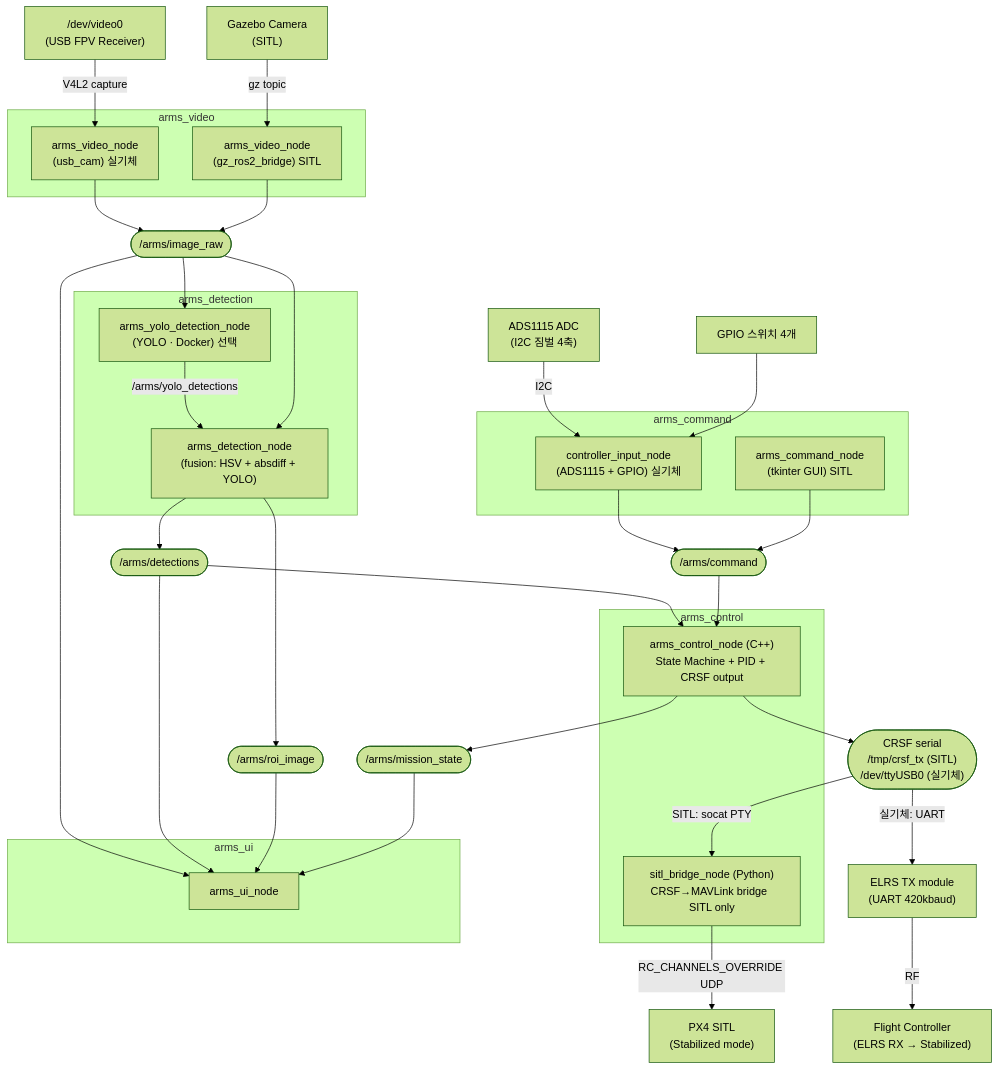
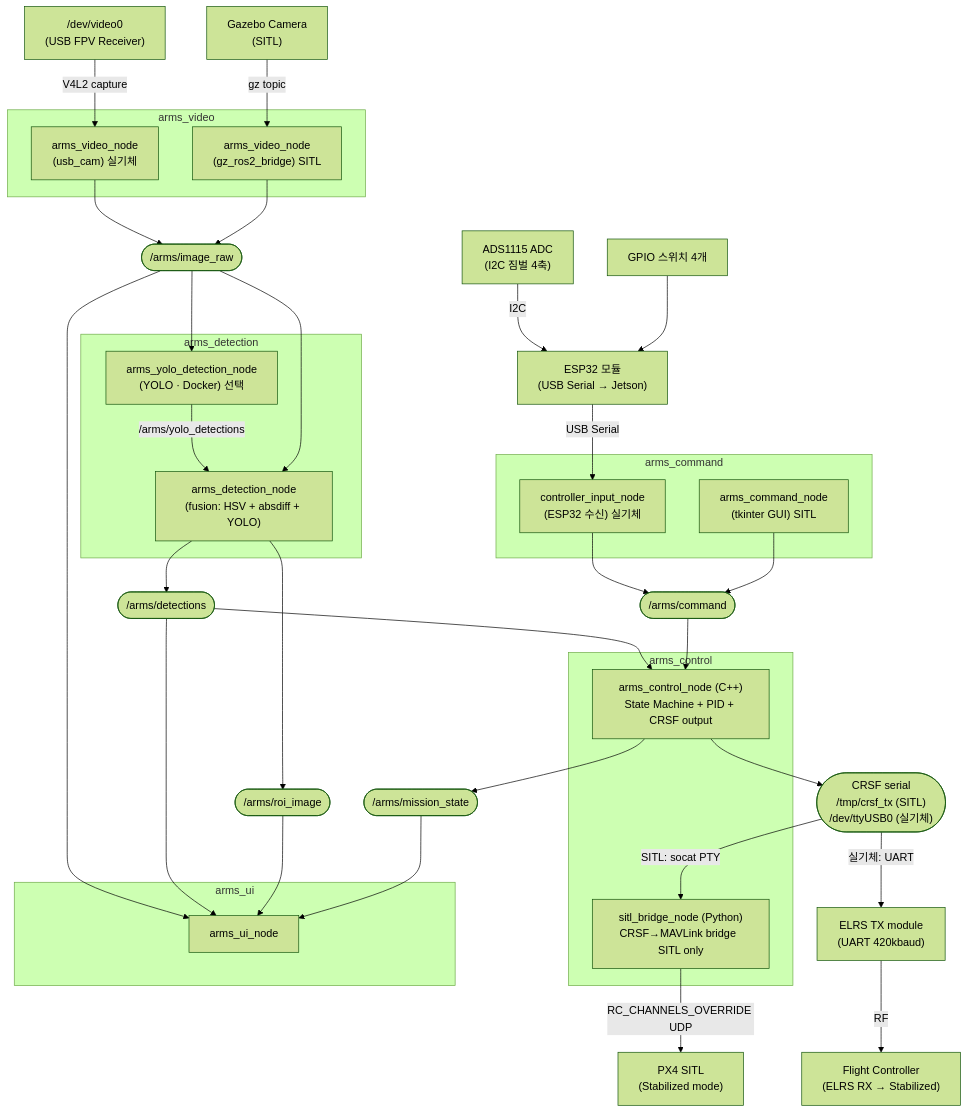
Before and after one commit to tokhun2002/A.R.M.S.-Anti-drone-Reusable-Modular-System-: the first of 3 diagrams in SW/docs/DESIGN.md, drawn with Mermaid (forest theme). The commit also changed other lines of this file and 1 other file, not shown here.

Commit message:
docs: 현재 상태 문서화

````diff
--- a/SW/docs/DESIGN.md
+++ b/SW/docs/DESIGN.md
@@ -64,70 +64,72 @@
 ```mermaid
 graph TD
     GAZEBO["Gazebo Camera<br/>(SITL)"]
     V4L2["/dev/video0<br/>(USB FPV Receiver)"]
 
     subgraph arms_video ["arms_video"]
         VN_REAL["arms_video_node<br/>(usb_cam) 실기체"]
         VN_SITL["arms_video_node<br/>(gz_ros2_bridge) SITL"]
     end
 
     IMAGE(["/arms/image_raw"])
 
     subgraph arms_detection ["arms_detection"]
         DN_YOLO["arms_yolo_detection_node<br/>(YOLO · Docker) 선택"]
         DN_FUSION["arms_detection_node<br/>(fusion: HSV + absdiff + YOLO)"]
         DN_YOLO -->|/arms/yolo_detections| DN_FUSION
     end
 
     subgraph arms_command ["arms_command"]
         CMD_GUI["arms_command_node<br/>(tkinter GUI) SITL"]
-        CMD_JOY["controller_input_node<br/>(ADS1115 + GPIO) 실기체"]
+        CMD_JOY["controller_input_node<br/>(ESP32 수신) 실기체"]
     end
 
     ADS1115["ADS1115 ADC<br/>(I2C 짐벌 4축)"]
     SWGPIO["GPIO 스위치 4개"]
+    ESP32["ESP32 모듈<br/>(USB Serial → Jetson)"]
     JOY(["/arms/command"])
 
     DETECTIONS(["/arms/detections"])
     ROI_IMAGE(["/arms/roi_image"])
     MISSION_STATE(["/arms/mission_state"])
     CRSF_SERIAL(["CRSF serial<br/>/tmp/crsf_tx (SITL)<br/>/dev/ttyUSB0 (실기체)"])
 
     subgraph arms_control ["arms_control"]
         CN["arms_control_node (C++)<br/>State Machine + PID + CRSF output"]
         BRIDGE["sitl_bridge_node (Python)<br/>CRSF→MAVLink bridge  SITL only"]
     end
 
     subgraph arms_ui ["arms_ui"]
         UN["arms_ui_node"]
     end
 
     FC_SITL["PX4 SITL<br/>(Stabilized mode)"]
     FC_HW["Flight Controller<br/>(ELRS RX → Stabilized)"]
     ELRS_TX["ELRS TX module<br/>(UART 420kbaud)"]
 
     V4L2 -->|V4L2 capture| VN_REAL
     GAZEBO -->|gz topic| VN_SITL
-    ADS1115 -->|I2C| CMD_JOY
-    SWGPIO --> CMD_JOY
+    ADS1115 -->|I2C| ESP32
+    SWGPIO --> ESP32
+    ESP32 -->|USB Serial| CMD_JOY
     CMD_JOY --> JOY
     CMD_GUI --> JOY
     VN_REAL --> IMAGE
     VN_SITL --> IMAGE
     IMAGE --> DN_YOLO
     IMAGE --> DN_FUSION
     IMAGE --> UN
     DN_FUSION --> DETECTIONS
     DN_FUSION --> ROI_IMAGE
     DETECTIONS --> CN
     DETECTIONS --> UN
     ROI_IMAGE --> UN
     JOY --> CN
     CN --> MISSION_STATE
     CN --> CRSF_SERIAL
     MISSION_STATE --> UN
     CRSF_SERIAL -->|SITL: socat PTY| BRIDGE
     BRIDGE -->|RC_CHANNELS_OVERRIDE UDP| FC_SITL
     CRSF_SERIAL -->|실기체: UART| ELRS_TX
     ELRS_TX -->|RF| FC_HW
 ```
````
